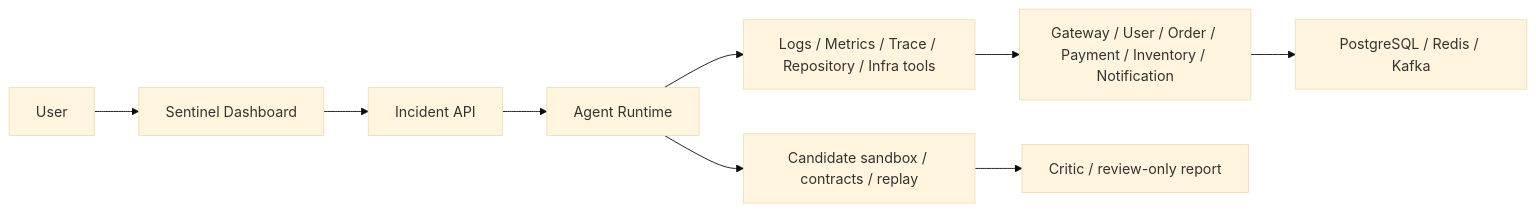
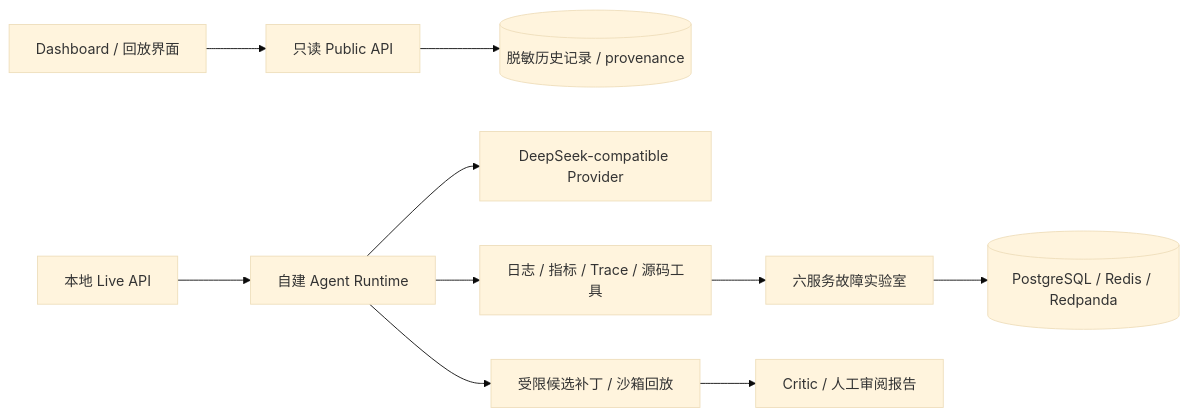
The diagram in README.md (tangwencan666/Project-Sentinel), drawn with Mermaid (base theme) before and after one commit. The commit also changed other lines of this file and 7 other files, not shown here.

````diff
--- a/README.md
+++ b/README.md
@@ -42,11 +27,12 @@
 ```mermaid
 flowchart LR
-    U[User] --> D[Sentinel Dashboard]
-    D --> API[Incident API]
-    API --> A[Agent Runtime]
-    A --> T[Logs / Metrics / Trace / Repository / Infra tools]
-    T --> SYS[Gateway / User / Order / Payment / Inventory / Notification]
-    SYS --> INF[PostgreSQL / Redis / Kafka]
-    A --> P[Candidate sandbox / contracts / replay]
-    P --> C[Critic / review-only report]
+  UI["Dashboard / 回放界面"] --> PUBLIC["只读 Public API"]
+  PUBLIC --> FILES[("脱敏历史记录 / provenance")]
+  LIVE["本地 Live API"] --> AGENT["自建 Agent Runtime"]
+  AGENT --> LLM["DeepSeek-compatible Provider"]
+  AGENT --> TOOLS["日志 / 指标 / Trace / 源码工具"]
+  TOOLS --> LAB["六服务故障实验室"]
+  LAB --> DATA[("PostgreSQL / Redis / Redpanda")]
+  AGENT --> PATCH["受限候选补丁 / 沙箱回放"]
+  PATCH --> CRITIC["Critic / 人工审阅报告"]
 ```
````
